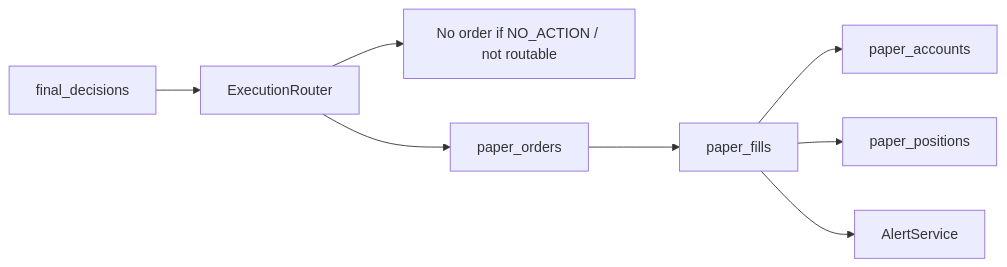
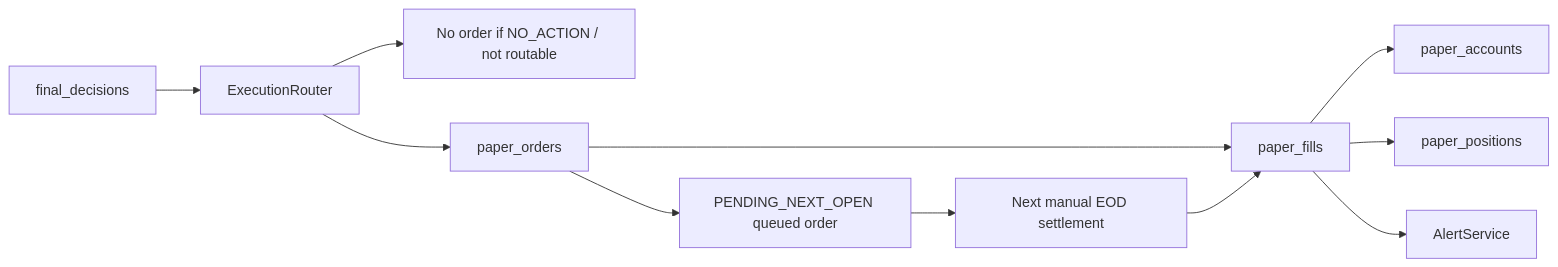
Before and after one commit to adnaan1703/TaurusAgent: the sixth of 6 diagrams in docs/TAURUS_AGENT_ARCHITECTURE.md, drawn with Mermaid. The commit also changed other lines of this file and 20 other files, not shown here.

Commit message:
Add M49 next-open operator polish

````diff
--- a/docs/TAURUS_AGENT_ARCHITECTURE.md
+++ b/docs/TAURUS_AGENT_ARCHITECTURE.md
@@ -251,10 +255,13 @@
 ```mermaid
 flowchart LR
     Final[final_decisions] --> Router[ExecutionRouter]
     Router --> NoAction[No order if NO_ACTION / not routable]
     Router --> Order[paper_orders]
+    Order --> Queued[PENDING_NEXT_OPEN queued order]
+    Queued --> Settlement[Next manual EOD settlement]
     Order --> Fill[paper_fills]
+    Settlement --> Fill
     Fill --> Account[paper_accounts]
     Fill --> Position[paper_positions]
     Fill --> Alert[AlertService]
 ```
````
